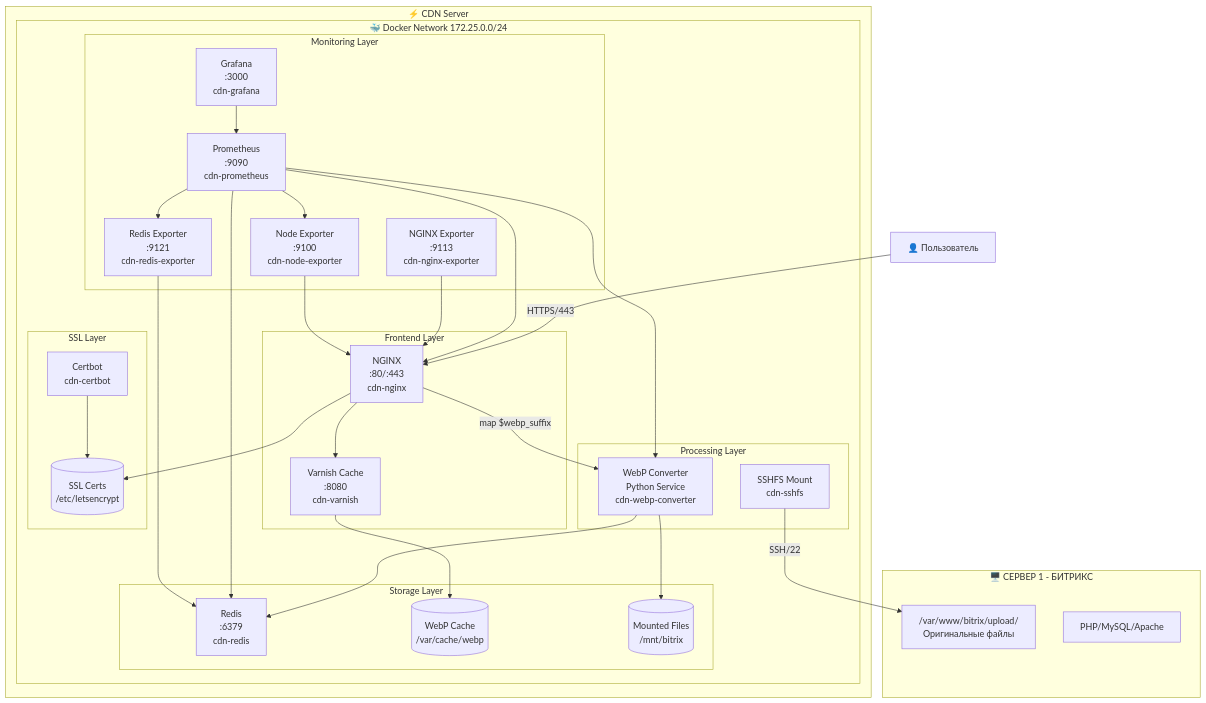
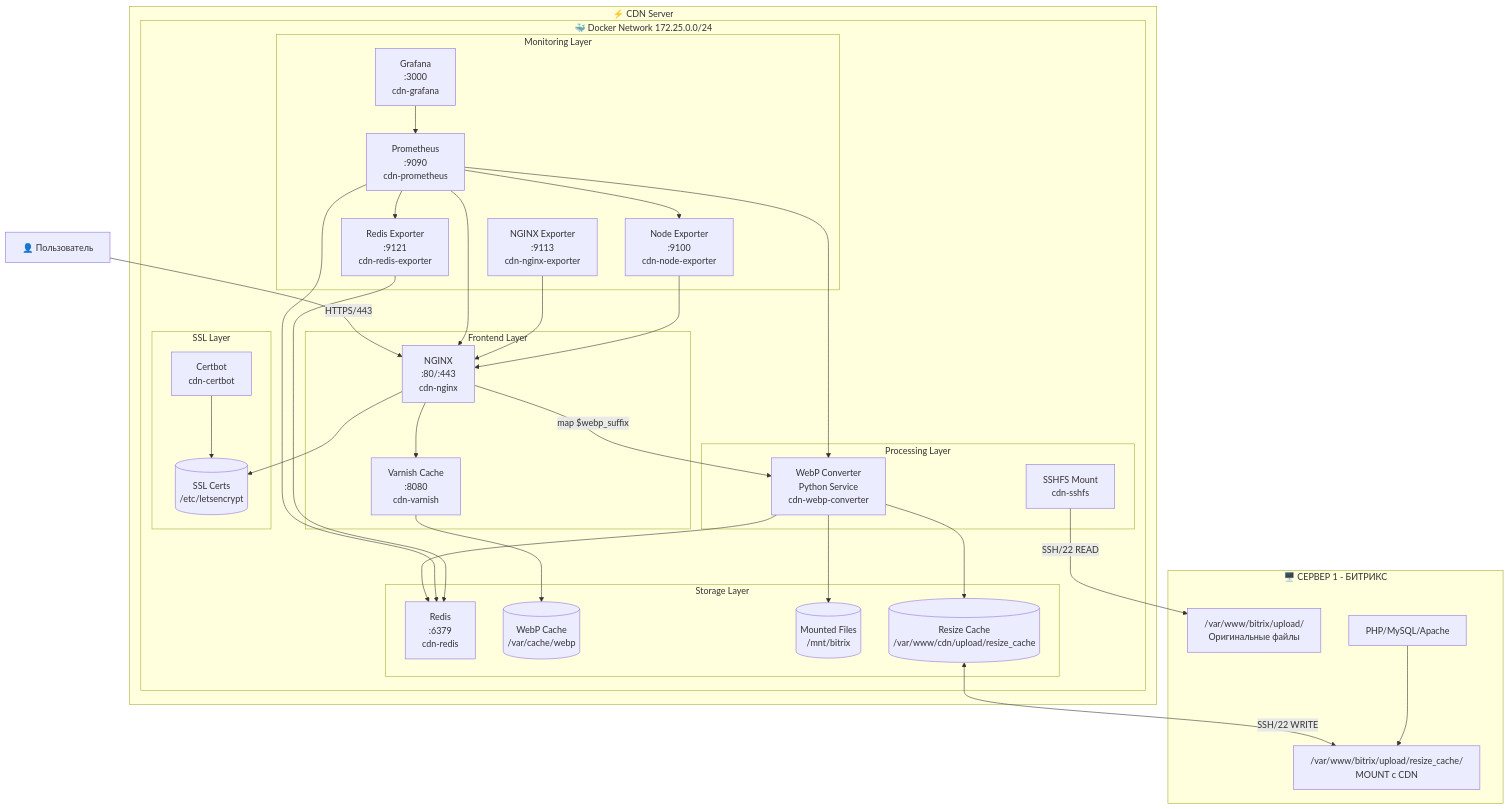
The diagram in docs/ARCHITECTURE.md (erikdwi03/bitrix-cdn), drawn with Mermaid before and after one commit. The commit also changed other lines of this file and 21 other files, not shown here.

First line of the commit message:
feat: добавлена поддержка локального кэширования изображений с использованием resize_cache

````diff
--- a/docs/ARCHITECTURE.md
+++ b/docs/ARCHITECTURE.md
@@ -21,60 +27,65 @@
 ```mermaid
 graph TB
     subgraph "🖥️ СЕРВЕР 1 - БИТРИКС"
         B["/var/www/bitrix/upload/<br/>Оригинальные файлы"]
+        BRC["/var/www/bitrix/upload/resize_cache/<br/>MOUNT с CDN"]
         PHP[PHP/MySQL/Apache]
     end
     
     subgraph "⚡ CDN Server"
         subgraph "🐳 Docker Network 172.25.0.0/24"
             subgraph "Frontend Layer"
                 NG[NGINX<br/>:80/:443<br/>cdn-nginx]
                 VN[Varnish Cache<br/>:8080<br/>cdn-varnish]
             end
             
             subgraph "Processing Layer"
                 WC[WebP Converter<br/>Python Service<br/>cdn-webp-converter]
                 SF[SSHFS Mount<br/>cdn-sshfs]
             end
             
             subgraph "Storage Layer"
                 RD[Redis<br/>:6379<br/>cdn-redis]
                 CACHE[(WebP Cache<br/>/var/cache/webp)]
                 MOUNT[(Mounted Files<br/>/mnt/bitrix)]
+                RESIZE[(Resize Cache<br/>/var/www/cdn/upload/resize_cache)]
             end
             
             subgraph "Monitoring Layer"
                 PR[Prometheus<br/>:9090<br/>cdn-prometheus]
                 GR[Grafana<br/>:3000<br/>cdn-grafana]
                 NE[NGINX Exporter<br/>:9113<br/>cdn-nginx-exporter]
                 RE[Redis Exporter<br/>:9121<br/>cdn-redis-exporter]
                 NODE[Node Exporter<br/>:9100<br/>cdn-node-exporter]
             end
             
             subgraph "SSL Layer"
                 CB[Certbot<br/>cdn-certbot]
                 SSL[(SSL Certs<br/>/etc/letsencrypt)]
             end
         end
     end
     
     U[👤 Пользователь] -->|HTTPS/443| NG
     NG --> VN
     VN --> CACHE
     NG -->|map $webp_suffix| WC
     WC --> MOUNT
-    SF -->|SSH/22| B
+    SF -->|SSH/22 READ| B
+    RESIZE <-->|SSH/22 WRITE| BRC
+    PHP --> BRC
+    WC --> RESIZE
     WC --> RD
     CB --> SSL
     NG --> SSL
     
     PR --> NG
     PR --> WC
     PR --> RD
     PR --> RE
     PR --> NODE
     NE --> NG
     RE --> RD
     NODE --> NG
     GR --> PR
 ```
````
